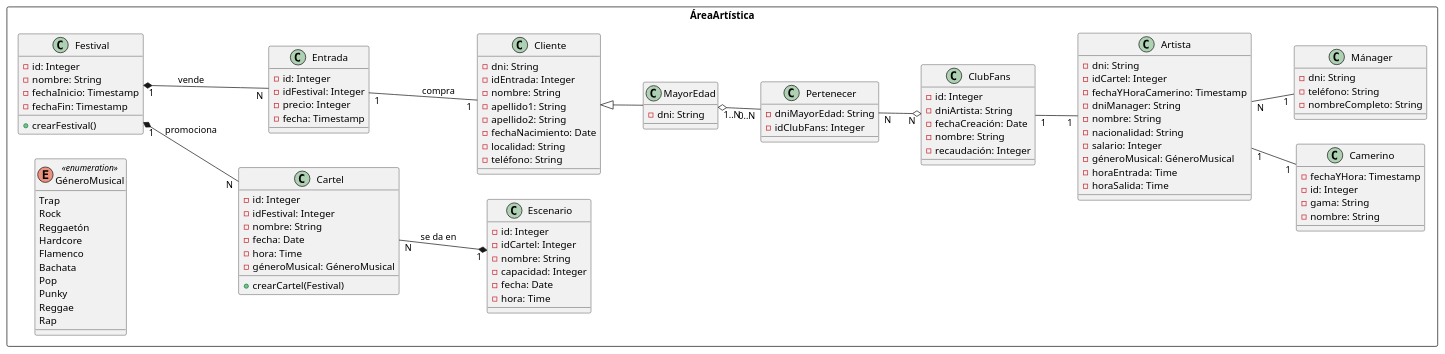
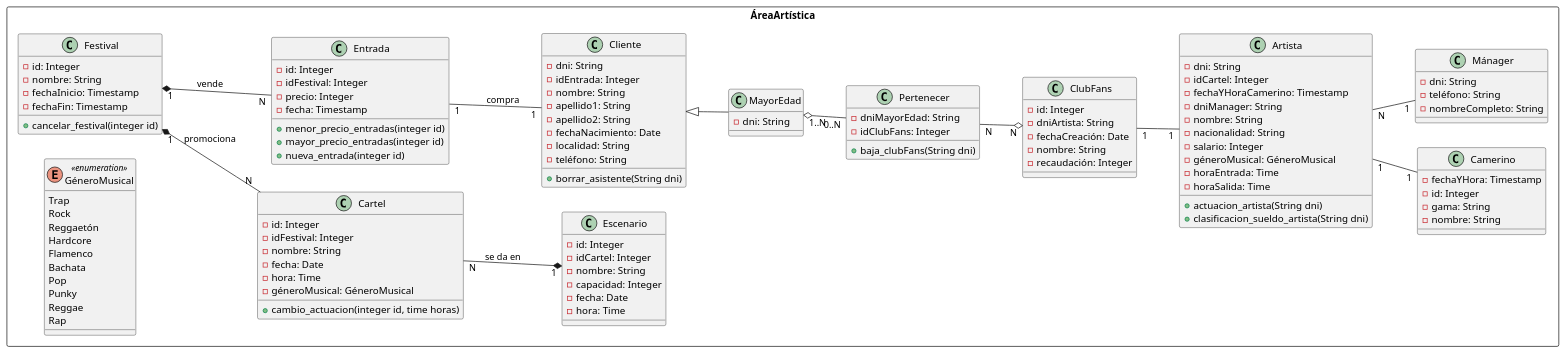
Before and after one commit to jmm-1999/QuevedoFest: the diagram in PUML/AreaArtistica.puml, drawn with PlantUML. The commit also changed 3 other files, not shown here.

```diff
--- a/PUML/AreaArtistica.puml
+++ b/PUML/AreaArtistica.puml
@@ -1,119 +1,126 @@
 @startuml
 'https://plantuml.com/sequence-diagram
 
 left to right direction
 
 rectangle ÁreaArtística {
     class Festival {
         - id: Integer
         - nombre: String
         - fechaInicio: Timestamp
         - fechaFin: Timestamp
-        + crearFestival()
+        +cancelar_festival(integer id)
     }
 
     class Cartel {
         -id: Integer
         -idFestival: Integer
         -nombre: String
         -fecha: Date
         -hora: Time
         -géneroMusical: GéneroMusical
-        + crearCartel(Festival)
+        +cambio_actuacion(integer id, time horas)
     }
 
     class Escenario {
         -id: Integer
         -idCartel: Integer
         -nombre: String
         -capacidad: Integer
         -fecha: Date
         -hora: Time
     }
 
     class Entrada {
         -id: Integer
         -idFestival: Integer
         -precio: Integer
         -fecha: Timestamp
+        +menor_precio_entradas(integer id)
+        +mayor_precio_entradas(integer id)
+        +nueva_entrada(integer id)
     }
 
     class Cliente {
         -dni: String
         -idEntrada: Integer
         -nombre: String
         -apellido1: String
         -apellido2: String
         -fechaNacimiento: Date
         -localidad: String
         -teléfono: String
+        +borrar_asistente(String dni)
     }
 
     class MayorEdad {
         -dni: String
     }
 
     class Pertenecer {
         -dniMayorEdad: String
         -idClubFans: Integer
+        +baja_clubFans(String dni)
     }
 
     class ClubFans {
         -id: Integer
         -dniArtista: String
         -fechaCreación: Date
         -nombre: String
         -recaudación: Integer
     }
 
     class Artista {
         -dni: String
         -idCartel: Integer
         -fechaYHoraCamerino: Timestamp
         -dniManager: String
         -nombre: String
         -nacionalidad: String
         -salario: Integer
         -géneroMusical: GéneroMusical
         -horaEntrada: Time
         -horaSalida: Time
+        +actuacion_artista(String dni)
+        +clasificacion_sueldo_artista(String dni)
     }
 
     class Camerino {
         -fechaYHora: Timestamp
         -id: Integer
         -gama: String
         -nombre: String
     }
 
     class Mánager {
         -dni: String
         -teléfono: String
         -nombreCompleto: String
     }
 
     enum GéneroMusical <<enumeration>> {
         Trap
         Rock
         Reggaetón
         Hardcore
         Flamenco
         Bachata
         Pop
         Punky
         Reggae
         Rap
     }
 
     Festival "1" *-- "N" Cartel: promociona
     Cartel "N" --* "1" Escenario: se da en
     Festival "1" *-- "N" Entrada: vende
     Entrada "1" -- "1" Cliente: compra
     Cliente <|-- MayorEdad
     MayorEdad "1..N" o-- "0..N" Pertenecer
     Pertenecer "N" --o "N" ClubFans
     ClubFans "1" -- "1" Artista
     Artista "1" -- "1" Camerino
     Artista "N" -- "1" Mánager
 }
 @enduml
```
